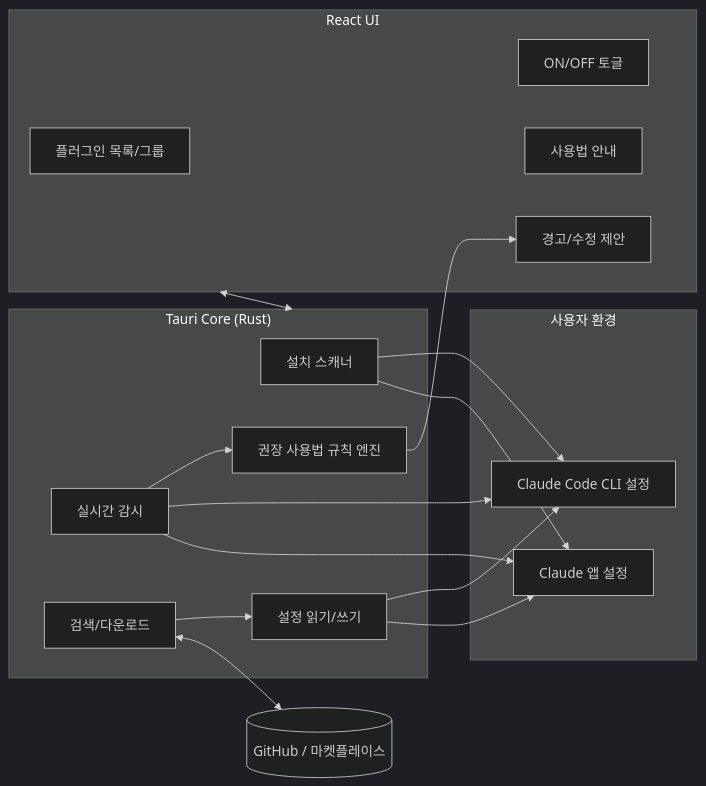
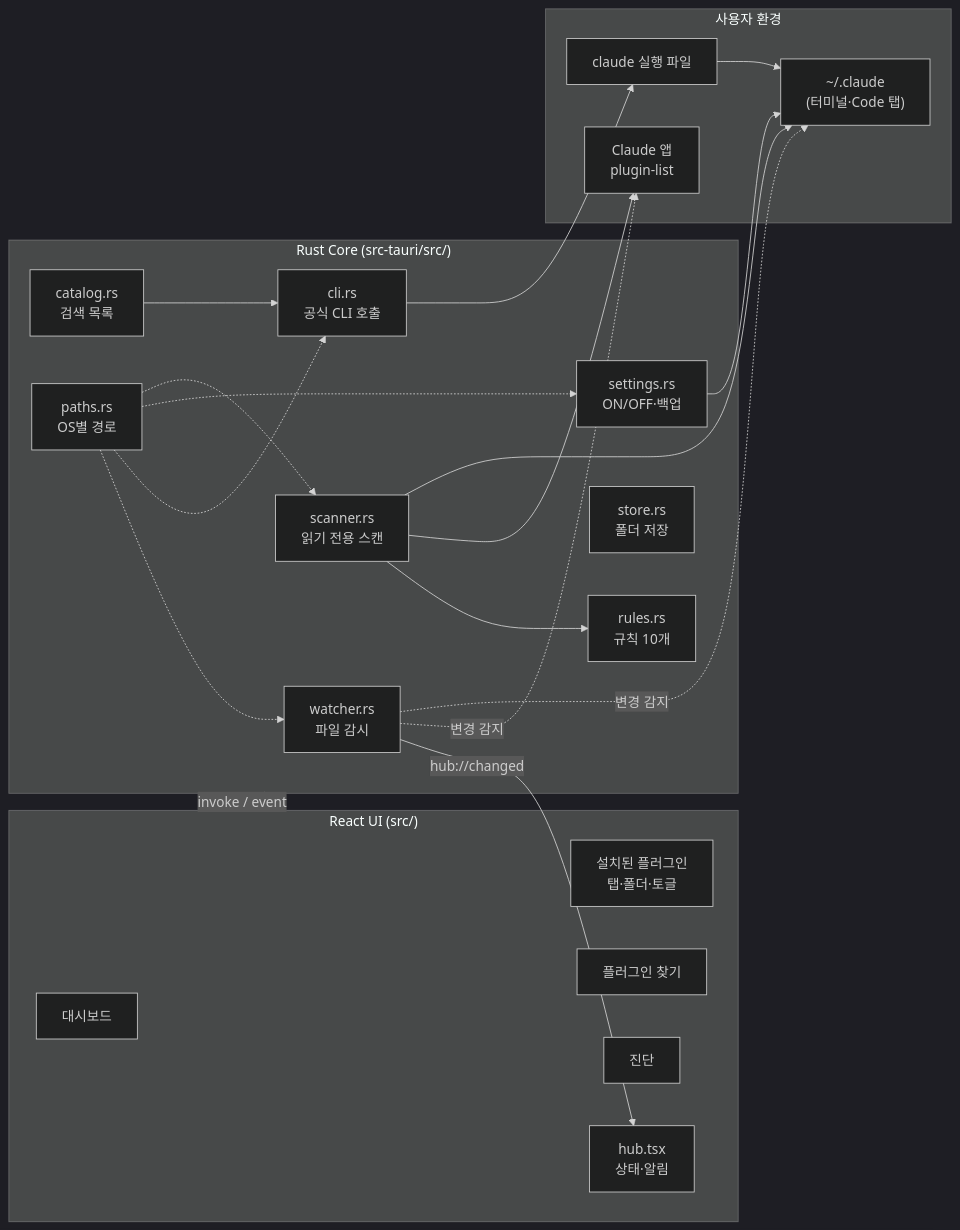
One commit to kimmj1234/plugin-hub changed the diagram in README.md. Above: the diagram before and after it, drawn with Mermaid (dark theme). The commit also changed other lines of this file and 2 other files, not shown here.

````diff
--- a/README.md
+++ b/README.md
@@ -70,35 +108,37 @@
 ```mermaid
 flowchart LR
-    subgraph UI["React UI"]
-        List[플러그인 목록/그룹]
-        Toggle[ON/OFF 토글]
-        Guide[사용법 안내]
-        Alert[경고/수정 제안]
+    subgraph UI["React UI (src/)"]
+        Dash[대시보드]
+        Inst[설치된 플러그인<br/>탭·폴더·토글]
+        Disc[플러그인 찾기]
+        Diag[진단]
+        Hub[hub.tsx<br/>상태·알림]
     end
 
-    subgraph Core["Tauri Core (Rust)"]
-        Scanner[설치 스캐너]
-        Config[설정 읽기/쓰기]
-        Watcher[실시간 감시]
-        Rules[권장 사용법 규칙 엔진]
-        Installer[검색/다운로드]
+    subgraph Core["Rust Core (src-tauri/src/)"]
+        Scanner[scanner.rs<br/>읽기 전용 스캔]
+        Rules[rules.rs<br/>규칙 10개]
+        Settings[settings.rs<br/>ON/OFF·백업]
+        CLI[cli.rs<br/>공식 CLI 호출]
+        Catalog[catalog.rs<br/>검색 목록]
+        Watcher[watcher.rs<br/>파일 감시]
+        Store[store.rs<br/>폴더 저장]
+        Paths[paths.rs<br/>OS별 경로]
     end
 
     subgraph Env["사용자 환경"]
-        App[Claude 앱 설정]
-        CLI[Claude Code CLI 설정]
+        Claude["~/.claude<br/>(터미널·Code 탭)"]
+        App["Claude 앱<br/>plugin-list"]
+        Bin["claude 실행 파일"]
     end
 
-    Remote[(GitHub / 마켓플레이스)]
-
-    UI <--> Core
-    Scanner --> App
-    Scanner --> CLI
-    Config --> App
-    Config --> CLI
-    Watcher --> App
-    Watcher --> CLI
-    Watcher --> Rules --> Alert
-    Installer <--> Remote
-    Installer --> Config
+    UI <-->|invoke / event| Core
+    Scanner --> Claude & App
+    Scanner --> Rules
+    Settings --> Claude
+    CLI --> Bin --> Claude
+    Catalog --> CLI
+    Watcher -. 변경 감지 .-> Claude & App
+    Watcher -->|hub://changed| Hub
+    Paths -.-> Scanner & Settings & CLI & Watcher
 ```
````
